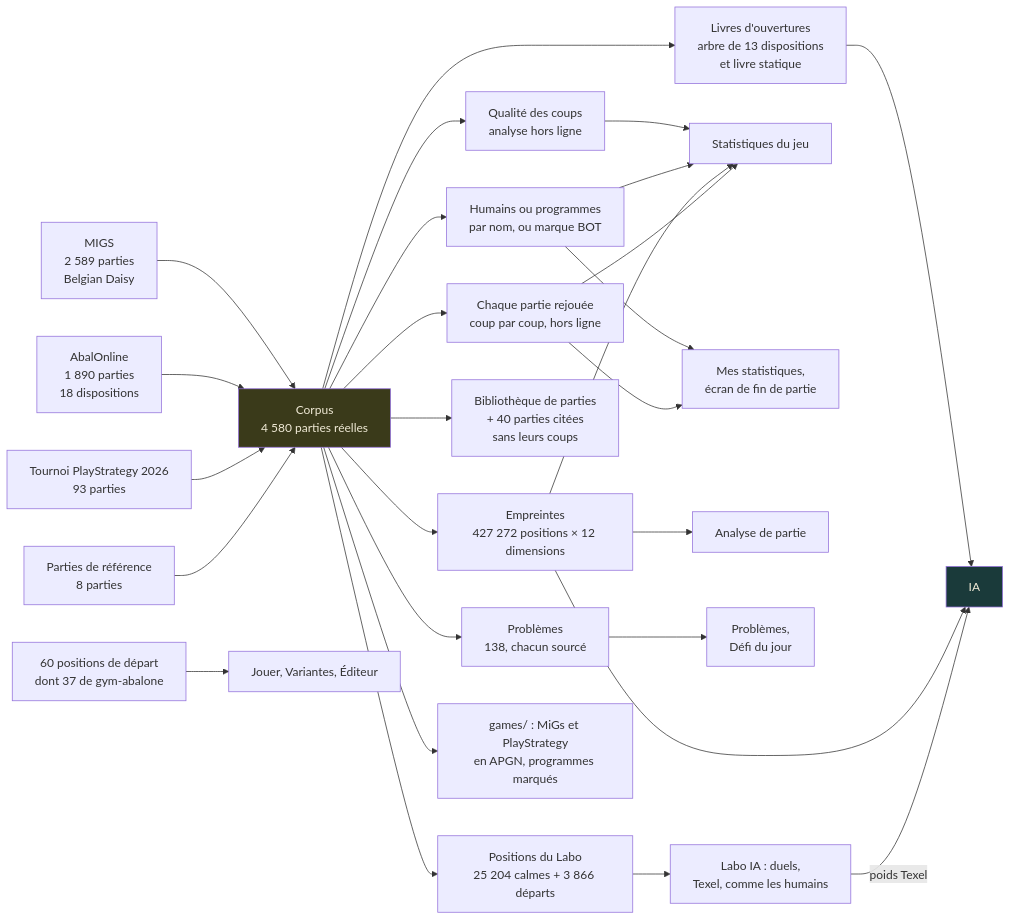
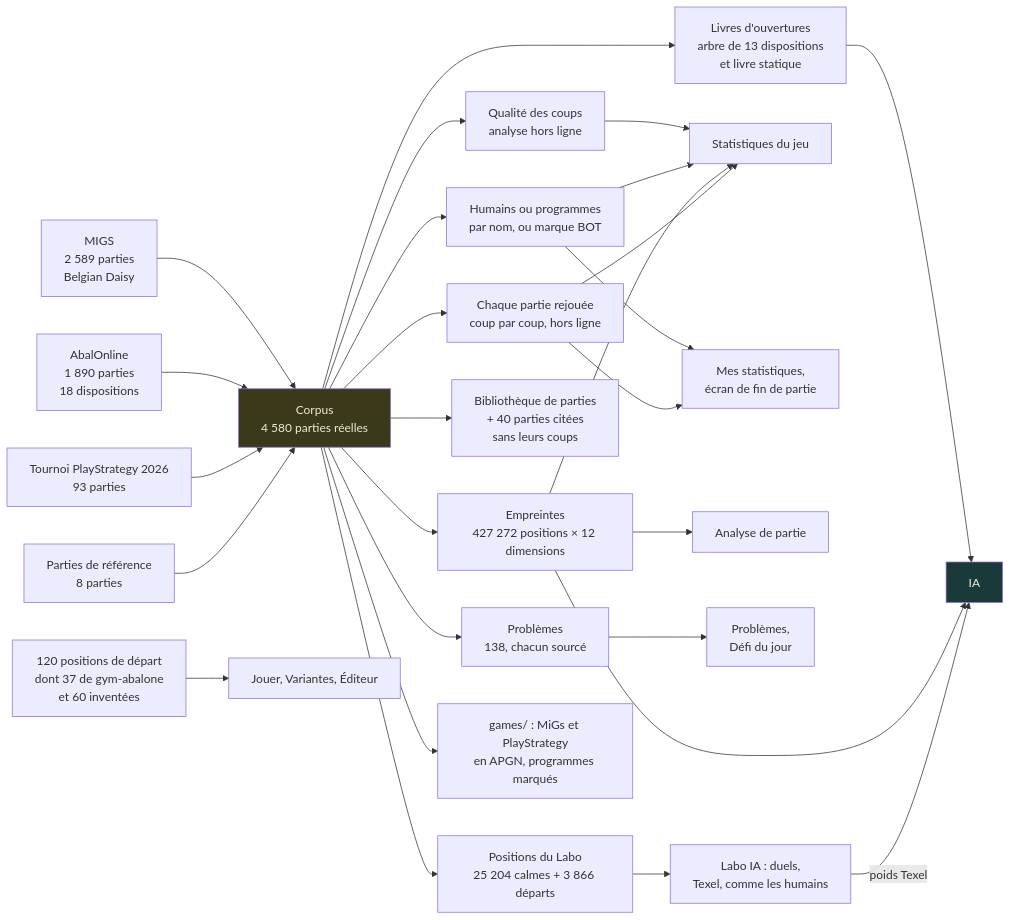
The second of 3 diagrams in docs-fr/Architecture.fr.md (ocj94/Abalassembly), drawn with Mermaid before and after one commit. The commit also changed other lines of this file and 17 other files, not shown here.

````diff
--- a/docs-fr/Architecture.fr.md
+++ b/docs-fr/Architecture.fr.md
@@ -61,34 +61,34 @@
 ```mermaid
 flowchart LR
     S1[MIGS<br/>2 589 parties<br/>Belgian Daisy] --> C[Corpus<br/>4 580 parties réelles]
     S2[AbalOnline<br/>1 890 parties<br/>18 dispositions] --> C
     S3[Tournoi PlayStrategy 2026<br/>93 parties] --> C
     S4[Parties de référence<br/>8 parties] --> C
 
     C --> O[Livres d'ouvertures<br/>arbre de 13 dispositions<br/>et livre statique]
     C --> E[Empreintes<br/>427 272 positions × 12 dimensions]
     C --> R[Chaque partie rejouée<br/>coup par coup, hors ligne]
     C --> P[Problèmes<br/>138, chacun sourcé]
     C --> LP[Positions du Labo<br/>25 204 calmes + 3 866 départs]
     C --> L[Bibliothèque de parties<br/>+ 40 parties citées<br/>sans leurs coups]
     C --> Q[Qualité des coups<br/>analyse hors ligne]
     C --> HP[Humains ou programmes<br/>par nom, ou marque BOT]
     C --> AP[games/ : MiGs et PlayStrategy<br/>en APGN, programmes marqués]
-    D[60 positions de départ<br/>dont 37 de gym-abalone] --> V[Jouer, Variantes, Éditeur]
+    D[120 positions de départ<br/>dont 37 de gym-abalone<br/>et 60 inventées] --> V[Jouer, Variantes, Éditeur]
     Q --> ST
     HP --> ST
     HP --> MS
 
     O --> AI[IA]
     E --> AI
     E --> AN[Analyse de partie]
     E --> ST[Statistiques du jeu]
     R --> ST
     R --> MS[Mes statistiques,<br/>écran de fin de partie]
     P --> PB[Problèmes,<br/>Défi du jour]
     LP --> LAB[Labo IA : duels,<br/>Texel, comme les humains]
     LAB -->|poids Texel| AI
 
     style C fill:#3a3a1a,color:#f0ead6
     style AI fill:#1a3a3a,color:#f0ead6
 ```
````
